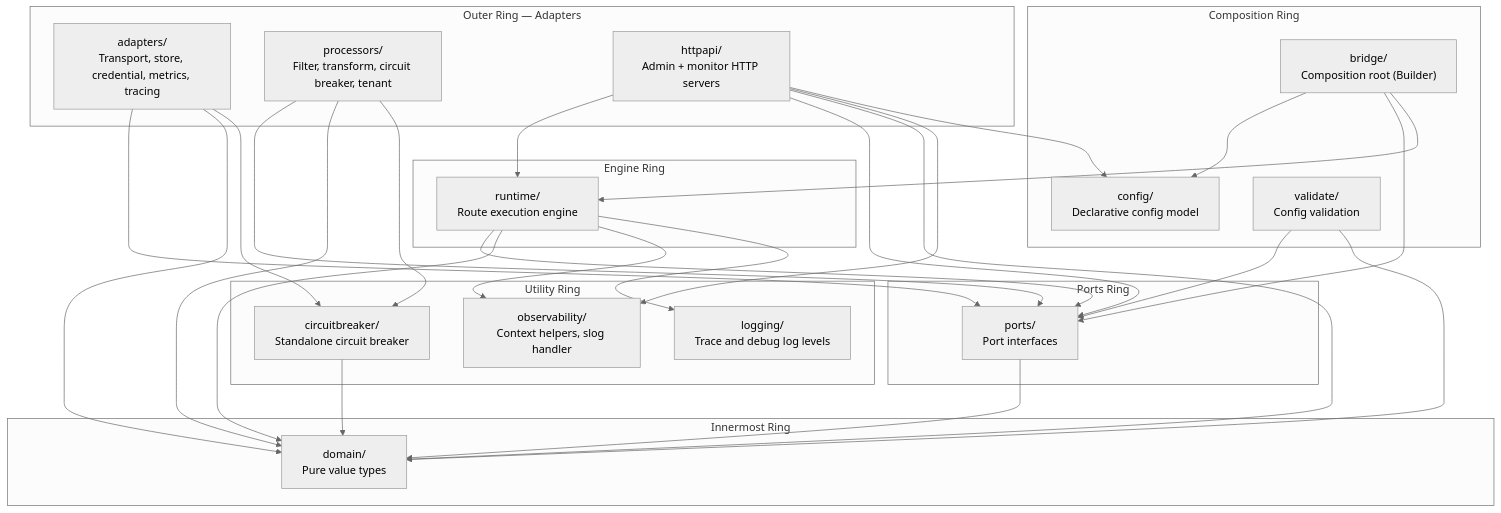
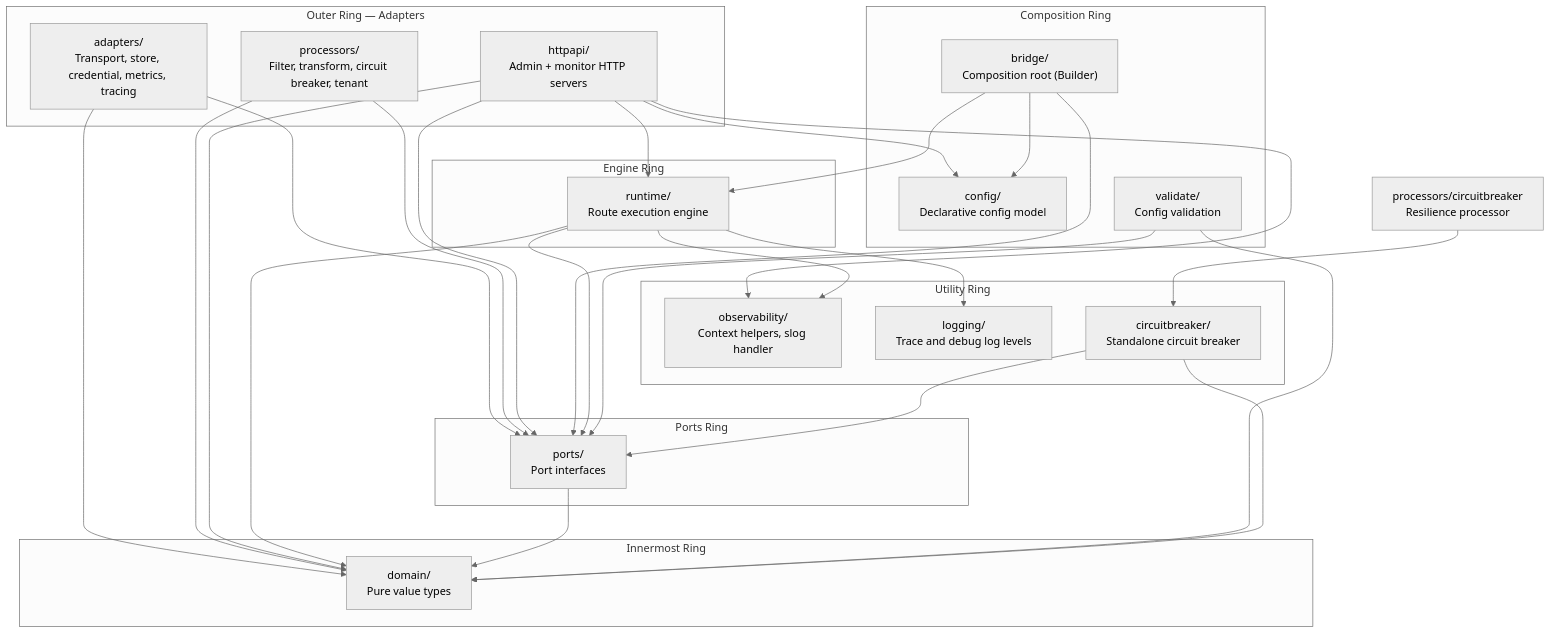
The first of 8 diagrams in ARCHITECTURE.md (mariotoffia/gobridge), drawn with Mermaid (neutral theme) before and after one commit. The commit also changed other lines of this file and 4 other files, not shown here.

````diff
--- a/ARCHITECTURE.md
+++ b/ARCHITECTURE.md
@@ -21,55 +21,56 @@
 ```mermaid
 graph TB
     subgraph "Innermost Ring"
         D["domain/<br/>Pure value types"]
     end
 
     subgraph "Ports Ring"
         P["ports/<br/>Port interfaces"]
     end
 
     subgraph "Utility Ring"
         O["observability/<br/>Context helpers, slog handler"]
         L["logging/<br/>Trace and debug log levels"]
         CB["circuitbreaker/<br/>Standalone circuit breaker"]
     end
 
     subgraph "Engine Ring"
         R["runtime/<br/>Route execution engine"]
     end
 
     subgraph "Composition Ring"
         B["bridge/<br/>Composition root (Builder)"]
         C["config/<br/>Declarative config model"]
         V["validate/<br/>Config validation"]
     end
 
     subgraph "Outer Ring — Adapters"
         A["adapters/<br/>Transport, store, credential, metrics, tracing"]
         PR["processors/<br/>Filter, transform, circuit breaker, tenant"]
         H["httpapi/<br/>Admin + monitor HTTP servers"]
     end
 
     A --> P
     A --> D
-    A --> CB
     PR --> P
     PR --> D
-    PR --> CB
+    PRC["processors/circuitbreaker<br/>Resilience processor"]
+    PRC --> CB
     H --> R
     H --> P
     H --> D
     H --> O
     H --> C
     B --> C
     B --> P
     B --> R
     R --> P
     R --> D
     R --> O
     R --> L
     P --> D
     V --> P
     V --> D
     CB --> D
+    CB --> P
 ```
````
